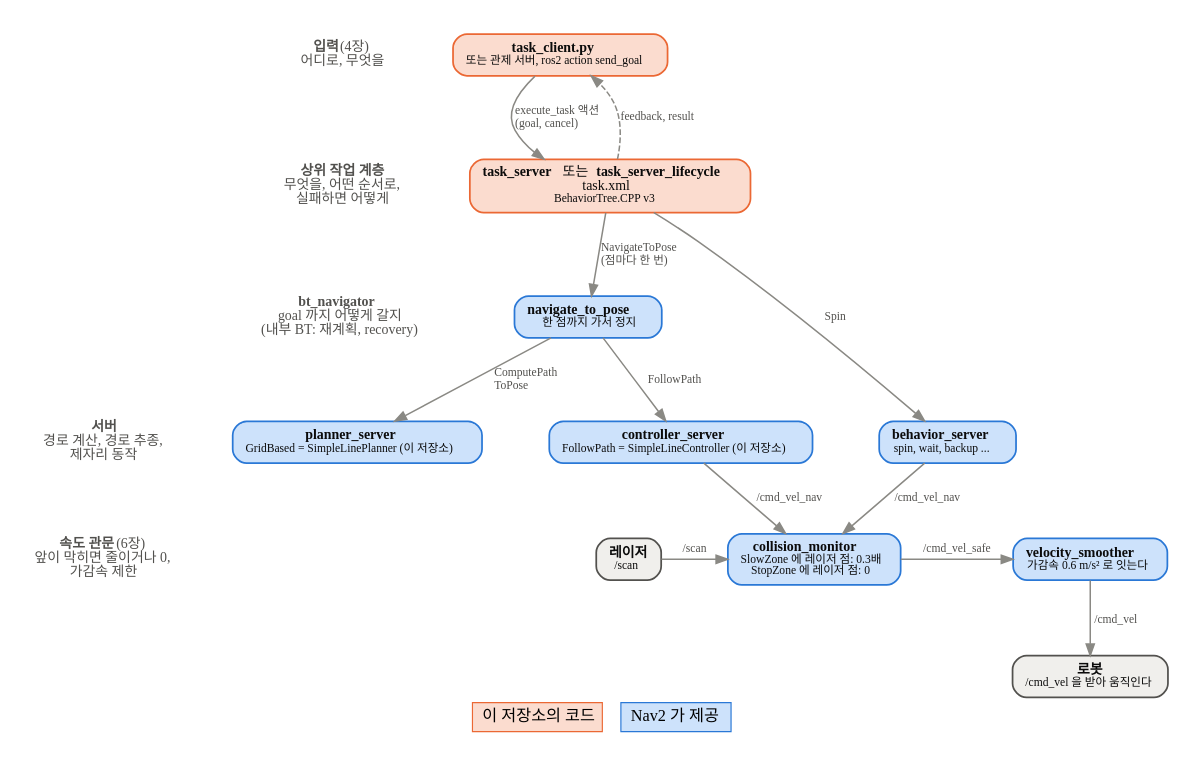
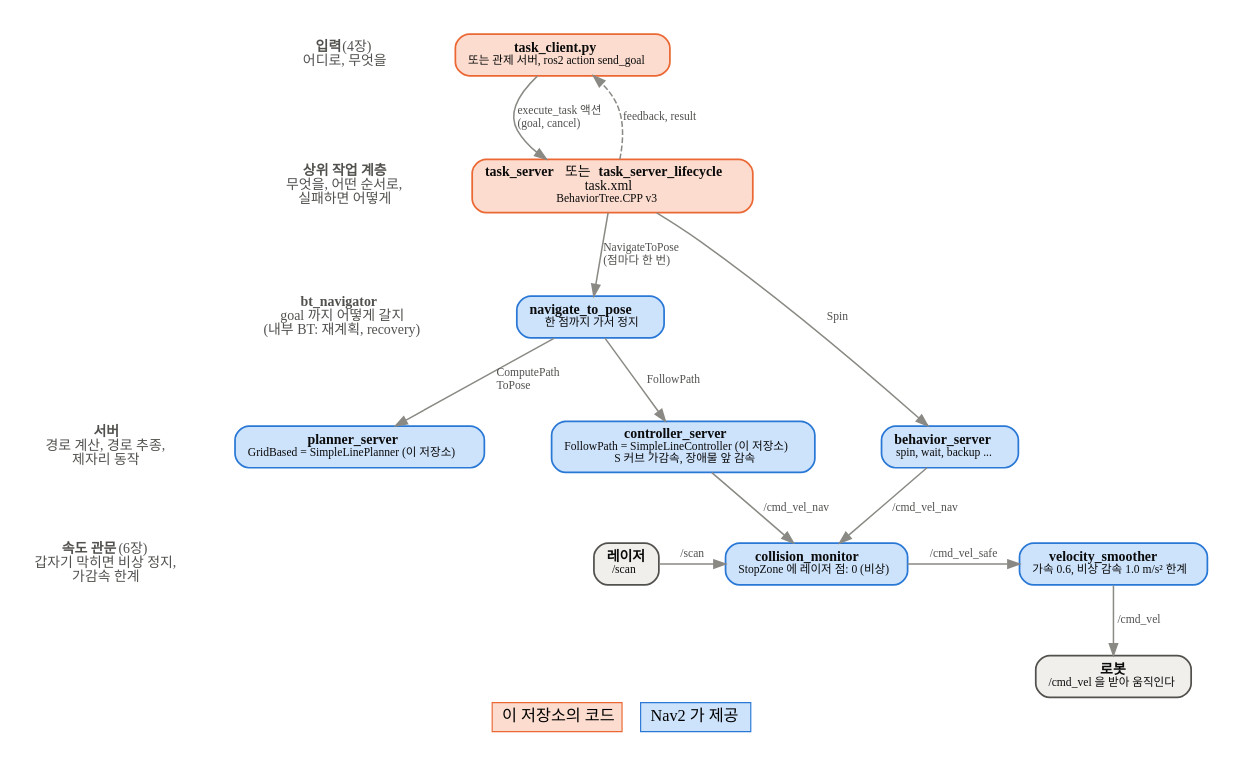
One commit to 1-roro/nav2_dwb changed the diagram in bt_navigator/bt_mission/doc/layers.dot. Above: the diagram before and after it, drawn with Graphviz. The commit also changed 13 other files, not shown here.

```diff
--- a/bt_navigator/bt_mission/doc/layers.dot
+++ b/bt_navigator/bt_mission/doc/layers.dot
@@ -1,65 +1,65 @@
 // 미션 BT 가 Nav2 의 어디에 붙는지 (dot -Tpng -Gdpi=110 layers.dot -o layers.png)
 digraph layers {
   graph [rankdir=TB, fontname="NanumGothic", bgcolor="white", pad=0.3, nodesep=0.4, ranksep=0.7,
          newrank=true, labelloc=b, label=<<table border="0" cellspacing="0" cellpadding="4"><tr>
            <td bgcolor="#fbdccf" border="1" color="#eb6834">&nbsp;이 저장소의 코드&nbsp;</td><td>&nbsp;&nbsp;</td>
            <td bgcolor="#cde2fb" border="1" color="#2a78d6">&nbsp;Nav2 가 제공&nbsp;</td></tr></table>>];
   node [shape=box, style="rounded,filled", fontname="NanumGothic", fontsize=12, fontcolor="#0b0b0b",
         penwidth=1.5, margin="0.15,0.08"];
   edge [color="#8a8984", penwidth=1.3, fontname="NanumGothic", fontsize=10, fontcolor="#52514e"];
 
   // 왼쪽 열: 계층 이름
   node [shape=plaintext, style="", fontsize=12, fontcolor="#52514e", margin=0];
   L0 [label=<<b>입력</b> (4장)<br/>어디로, 무엇을>];
   L1 [label=<<b>상위 작업 계층</b><br/>무엇을, 어떤 순서로,<br/>실패하면 어떻게>];
   L2 [label=<<b>bt_navigator</b><br/>goal 까지 어떻게 갈지<br/>(내부 BT: 재계획, recovery)>];
   L3 [label=<<b>서버</b><br/>경로 계산, 경로 추종,<br/>제자리 동작>];
-  L4 [label=<<b>속도 관문</b> (6장)<br/>앞이 막히면 줄이거나 0,<br/>가감속 제한>];
+  L4 [label=<<b>속도 관문</b> (6장)<br/>갑자기 막히면 비상 정지,<br/>가감속 한계>];
   L5 [label=""];
   L0 -> L1 -> L2 -> L3 -> L4 -> L5 [style=invis];
 
   node [shape=box, style="rounded,filled", fontsize=12, fontcolor="#0b0b0b", margin="0.15,0.08"];
   ts [label=<<b>task_client.py</b><br/><font point-size="10">또는 관제 서버, ros2 action send_goal</font>>,
       fillcolor="#fbdccf", color="#eb6834"];
   bt [label=<<b>task_server</b> 또는 <b>task_server_lifecycle</b><br/>task.xml<br/><font point-size="10">BehaviorTree.CPP v3</font>>,
       fillcolor="#fbdccf", color="#eb6834"];
   nt [label=<<b>navigate_to_pose</b><br/><font point-size="10">한 점까지 가서 정지</font>>,
       fillcolor="#cde2fb", color="#2a78d6"];
   planner [label=<<b>planner_server</b><br/><font point-size="10">GridBased = SimpleLinePlanner (이 저장소)</font>>,
            fillcolor="#cde2fb", color="#2a78d6"];
-  controller [label=<<b>controller_server</b><br/><font point-size="10">FollowPath = SimpleLineController (이 저장소)</font>>,
+  controller [label=<<b>controller_server</b><br/><font point-size="10">FollowPath = SimpleLineController (이 저장소)<br/>S 커브 가감속, 장애물 앞 감속</font>>,
               fillcolor="#cde2fb", color="#2a78d6"];
   behavior [label=<<b>behavior_server</b><br/><font point-size="10">spin, wait, backup ...</font>>,
             fillcolor="#cde2fb", color="#2a78d6"];
-  cm [label=<<b>collision_monitor</b><br/><font point-size="10">SlowZone 에 레이저 점: 0.3배<br/>StopZone 에 레이저 점: 0</font>>,
+  cm [label=<<b>collision_monitor</b><br/><font point-size="10">StopZone 에 레이저 점: 0 (비상)</font>>,
       fillcolor="#cde2fb", color="#2a78d6"];
-  smoother [label=<<b>velocity_smoother</b><br/><font point-size="10">가감속 0.6 m/s² 로 잇는다</font>>,
+  smoother [label=<<b>velocity_smoother</b><br/><font point-size="10">가속 0.6, 비상 감속 1.0 m/s² 한계</font>>,
       fillcolor="#cde2fb", color="#2a78d6"];
   robot [label=<<b>로봇</b><br/><font point-size="10">/cmd_vel 을 받아 움직인다</font>>,
          fillcolor="#f0efec", color="#52514e"];
   laser [label=<<b>레이저</b><br/><font point-size="10">/scan</font>>,
          fillcolor="#f0efec", color="#52514e"];
 
   {rank=same; L0; ts}
   {rank=same; L1; bt}
   {rank=same; L2; nt}
   {rank=same; L3; planner; controller; behavior}
   {rank=same; L4; laser; cm; smoother}
   {rank=same; L5; robot}
   L0 -> ts [style=invis];
   L1 -> bt [style=invis];
   L2 -> nt [style=invis];
   L3 -> planner -> controller -> behavior [style=invis];
 
   ts -> bt [label=" execute_task 액션\l (goal, cancel)\l"];
   bt -> ts [style=dashed, label=" feedback, result\l"];
   bt -> nt [label=" NavigateToPose\l (점마다 한 번)\l"];
   bt -> behavior [label=" Spin"];
   nt -> planner [label=" ComputePath\l ToPose\l"];
   nt -> controller [label=" FollowPath"];
   controller -> cm [label=" /cmd_vel_nav"];
   behavior -> cm [label=" /cmd_vel_nav"];
   laser -> cm [label=" /scan"];
   cm -> smoother [label=" /cmd_vel_safe"];
   smoother -> robot [label=" /cmd_vel"];
 }
```
